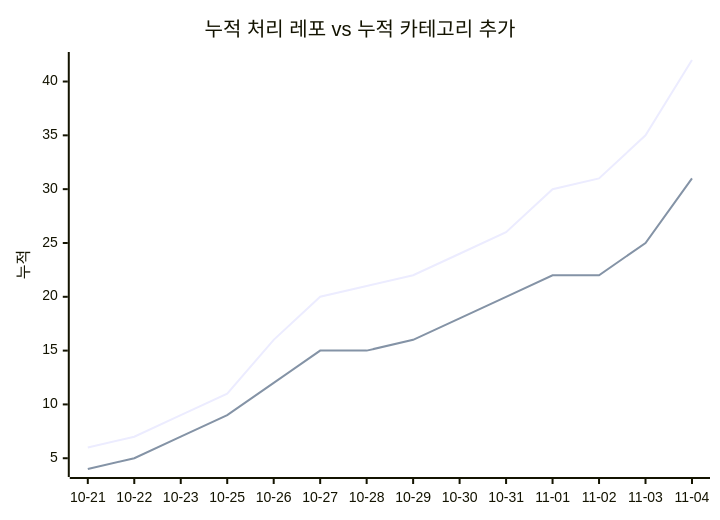
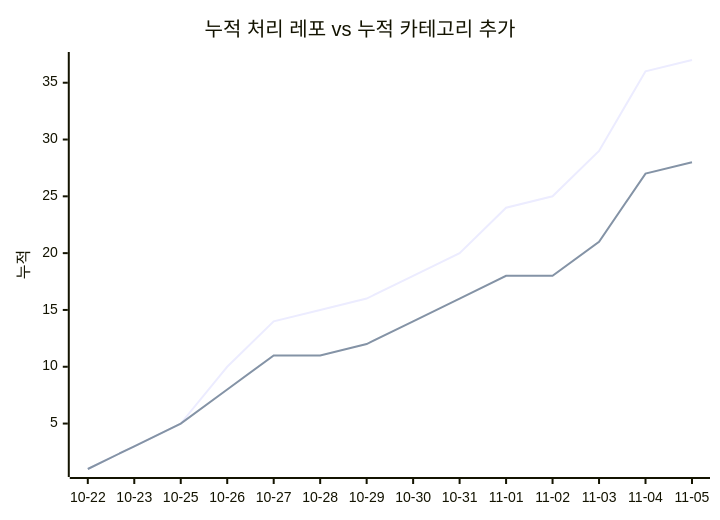
One commit to J-nowcow/awesome-korean-agent-skills changed the second of 2 diagrams in docs/trends.md. Above: the diagram before and after it, drawn with Mermaid. The commit also changed other lines of this file and 4 other files, not shown here.

````diff
--- a/docs/trends.md
+++ b/docs/trends.md
@@ -68,8 +68,8 @@
 ```mermaid
 xychart-beta
     title "누적 처리 레포 vs 누적 카테고리 추가"
-    x-axis ["10-21","10-22","10-23","10-25","10-26","10-27","10-28","10-29","10-30","10-31","11-01","11-02","11-03","11-04"]
+    x-axis ["10-22","10-23","10-25","10-26","10-27","10-28","10-29","10-30","10-31","11-01","11-02","11-03","11-04","11-05"]
     y-axis "누적"
-    line [6,7,9,11,16,20,21,22,24,26,30,31,35,42]
-    line [4,5,7,9,12,15,15,16,18,20,22,22,25,31]
+    line [1,3,5,10,14,15,16,18,20,24,25,29,36,37]
+    line [1,3,5,8,11,11,12,14,16,18,18,21,27,28]
 ```
````
